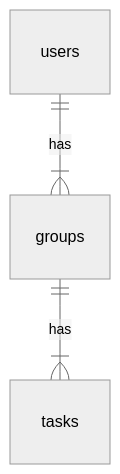
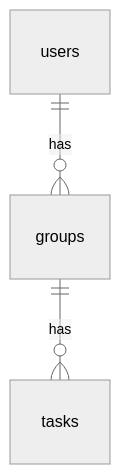
Before and after one commit to RobertoPadilla/professional-todo-app: the diagram in README.md, drawn with Mermaid (neutral theme).

Commit message:
optional relations in er diagram

```diff
--- a/README.md
+++ b/README.md
@@ -26,5 +26,5 @@
 ~~~mermaid
 erDiagram
-    users ||--|{ groups : has 
-    groups ||--|{ tasks : has
+    users ||--o{ groups : has 
+    groups ||--o{ tasks : has
 ~~~
```
